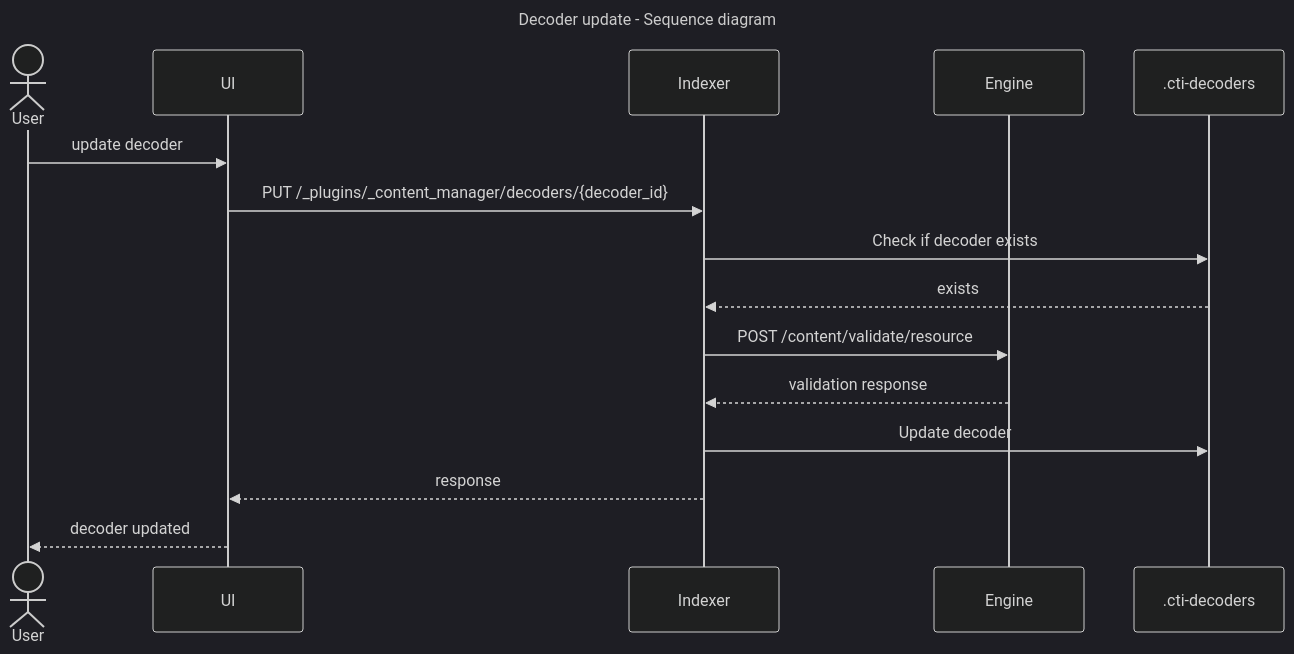
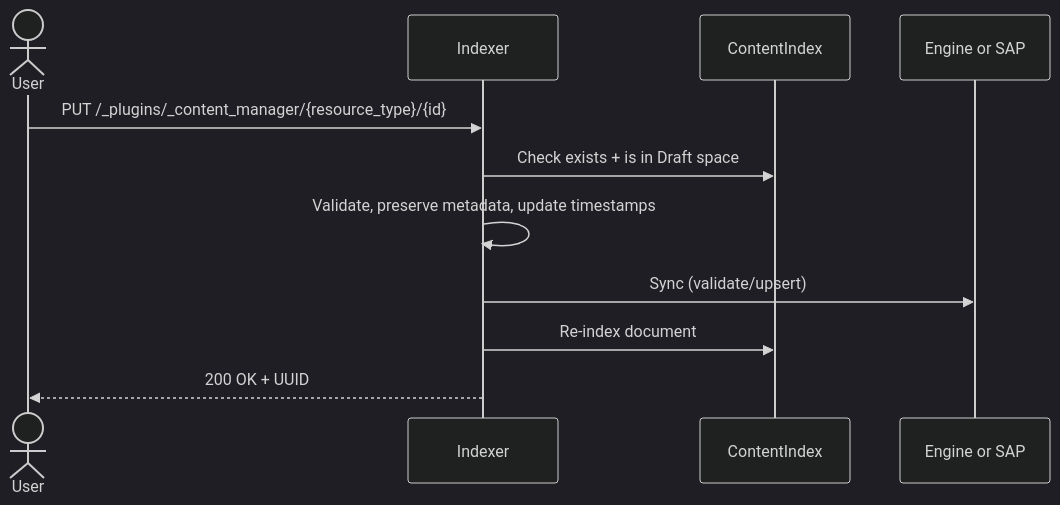
The fourth of 6 diagrams in docs/dev/plugins/content-manager.md (wazuh/wazuh-indexer-plugins), drawn with Mermaid (dark theme) before and after one commit. The commit also changed other lines of this file and 15 other files, not shown here.

````diff
--- a/docs/dev/plugins/content-manager.md
+++ b/docs/dev/plugins/content-manager.md
@@ -374,21 +443,14 @@
 ```mermaid
----
-title: Decoder update - Sequence diagram
----
 sequenceDiagram
     actor User
-    participant UI
     participant Indexer
-    participant Engine
-    participant DecoderIndex as .cti-decoders
+    participant ContentIndex
+    participant Engine/SAP as Engine or SAP
 
-    User->>UI: update decoder
-    UI->>Indexer: PUT /_plugins/_content_manager/decoders/{decoder_id}
-    Indexer->>DecoderIndex: Check if decoder exists
-    DecoderIndex-->>Indexer: exists
-    Indexer->>Engine: POST /content/validate/resource
-    Engine-->>Indexer: validation response
-    Indexer->>DecoderIndex: Update decoder
-    Indexer-->>UI: response
-    UI-->>User: decoder updated
+    User->>Indexer: PUT /_plugins/_content_manager/{resource_type}/{id}
+    Indexer->>ContentIndex: Check exists + is in Draft space
+    Indexer->>Indexer: Validate, preserve metadata, update timestamps
+    Indexer->>Engine/SAP: Sync (validate/upsert)
+    Indexer->>ContentIndex: Re-index document
+    Indexer-->>User: 200 OK + UUID
 ```
````
